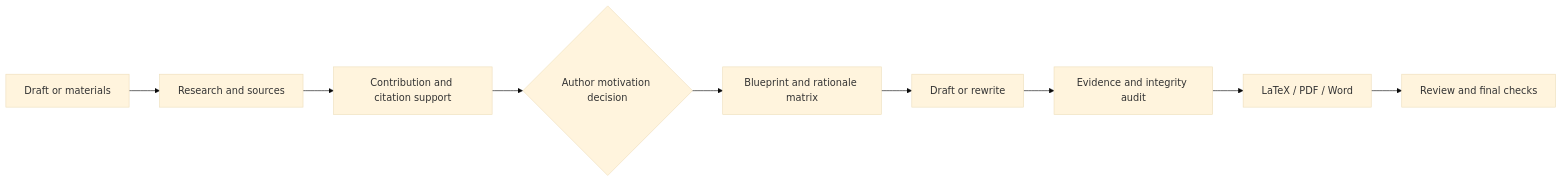
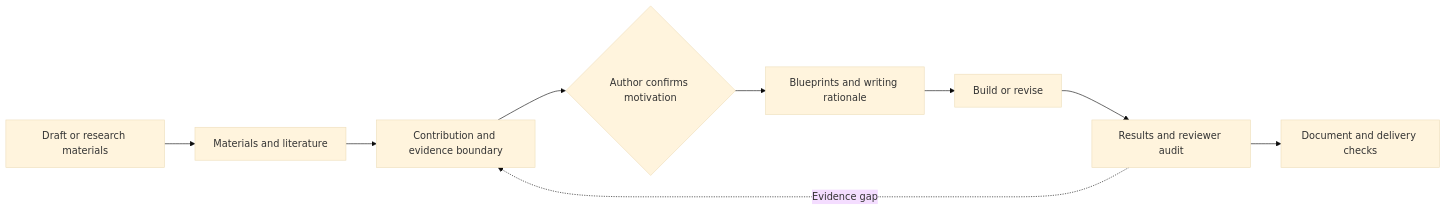
One commit to asimfish/super_writer changed the diagram in README.en.md. Above: the diagram before and after it, drawn with Mermaid (base theme). The commit also changed other lines of this file and 71 other files, not shown here.

````diff
--- a/README.en.md
+++ b/README.en.md
@@ -39,11 +117,11 @@
 ```mermaid
 flowchart LR
-    A[Draft or materials] --> B[Research and sources]
-    B --> C[Contribution and citation support]
-    C --> D{Author motivation decision}
-    D --> E[Blueprint and rationale matrix]
-    E --> F[Draft or rewrite]
-    F --> G[Evidence and integrity audit]
-    G --> H[LaTeX / PDF / Word]
-    H --> I[Review and final checks]
+    A[Draft or research materials] --> B[Materials and literature]
+    B --> C[Contribution and evidence boundary]
+    C --> D{Author confirms motivation}
+    D --> E[Blueprints and writing rationale]
+    E --> F[Build or revise]
+    F --> G[Results and reviewer audit]
+    G --> H[Document and delivery checks]
+    G -.Evidence gap.-> C
 ```
````
